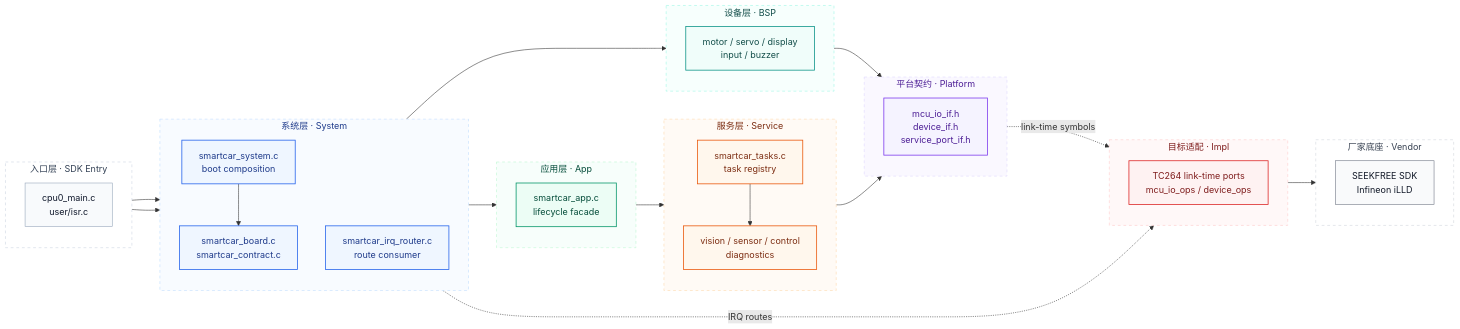
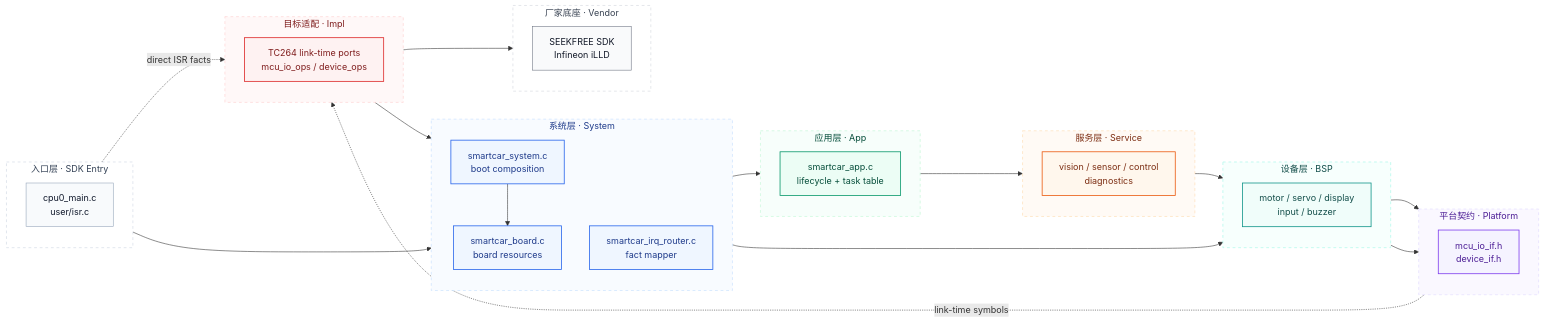
Before and after one commit to ParacosmYy/GS_Smart_car: the first of 2 diagrams in README.md, drawn with Mermaid. The commit also changed other lines of this file and 3 other files, not shown here.

````diff
--- a/README.md
+++ b/README.md
@@ -14,78 +14,76 @@
 ```mermaid
 flowchart LR
     subgraph L0["入口层 · SDK Entry"]
         direction TB
         ENTRY["cpu0_main.c<br/>user/isr.c"]
     end
 
     subgraph L1["系统层 · System"]
         direction TB
         RUNTIME["smartcar_system.c<br/>boot composition"]
-        IRQ["smartcar_irq_router.c<br/>route consumer"]
-        BOARD["smartcar_board.c<br/>smartcar_contract.c"]
+        IRQ["smartcar_irq_router.c<br/>fact mapper"]
+        BOARD["smartcar_board.c<br/>board resources"]
     end
 
     subgraph L2["应用层 · App"]
         direction TB
-        APP["smartcar_app.c<br/>lifecycle facade"]
+        APP["smartcar_app.c<br/>lifecycle + task table"]
     end
 
     subgraph L3["服务层 · Service"]
         direction TB
-        TASKS["smartcar_tasks.c<br/>task registry"]
         SERVICE["vision / sensor / control<br/>diagnostics"]
     end
 
     subgraph L3B["设备层 · BSP"]
         direction TB
         BSP["motor / servo / display<br/>input / buzzer"]
     end
 
     subgraph L4["平台契约 · Platform"]
         direction TB
-        PORT["mcu_io_if.h<br/>device_if.h<br/>service_port_if.h"]
+        PORT["mcu_io_if.h<br/>device_if.h"]
     end
 
     subgraph L5["目标适配 · Impl"]
         direction TB
         TC264["TC264 link-time ports<br/>mcu_io_ops / device_ops"]
     end
 
     subgraph L6["厂家底座 · Vendor"]
         direction TB
         SDK["SEEKFREE SDK<br/>Infineon iLLD"]
     end
 
-    ENTRY --> RUNTIME --> APP --> TASKS --> SERVICE --> PORT
-    ENTRY --> IRQ
+    ENTRY --> RUNTIME --> APP --> SERVICE --> BSP --> PORT
     RUNTIME --> BOARD --> BSP --> PORT
     PORT -. "link-time symbols" .-> TC264 --> SDK
-    IRQ -. "IRQ routes" .-> TC264
+    ENTRY -. "direct ISR facts" .-> TC264 --> IRQ
 
     class ENTRY entry
     class RUNTIME,IRQ,BOARD system
     class APP app
-    class TASKS,SERVICE service
+    class SERVICE service
     class BSP bsp
     class PORT platform
     class TC264 impl
     class SDK vendor
 
     classDef entry fill:#f8fafc,stroke:#94a3b8,color:#0f172a,stroke-width:1px;
     classDef system fill:#eff6ff,stroke:#2563eb,color:#1e3a8a,stroke-width:1.4px;
     classDef app fill:#ecfdf5,stroke:#059669,color:#064e3b,stroke-width:1.4px;
     classDef service fill:#fff7ed,stroke:#ea580c,color:#7c2d12,stroke-width:1.4px;
     classDef bsp fill:#f0fdfa,stroke:#0d9488,color:#134e4a,stroke-width:1.4px;
     classDef platform fill:#f5f3ff,stroke:#7c3aed,color:#4c1d95,stroke-width:1.4px;
     classDef impl fill:#fef2f2,stroke:#dc2626,color:#7f1d1d,stroke-width:1.4px;
     classDef vendor fill:#f9fafb,stroke:#6b7280,color:#111827,stroke-width:1px;
 
     style L0 fill:#ffffff,stroke:#cbd5e1,stroke-dasharray:5 5,color:#334155;
     style L1 fill:#f8fbff,stroke:#bfdbfe,stroke-dasharray:5 5,color:#1e3a8a;
     style L2 fill:#f7fefb,stroke:#bbf7d0,stroke-dasharray:5 5,color:#064e3b;
     style L3 fill:#fffaf5,stroke:#fed7aa,stroke-dasharray:5 5,color:#7c2d12;
     style L3B fill:#f7fffd,stroke:#99f6e4,stroke-dasharray:5 5,color:#134e4a;
     style L4 fill:#faf8ff,stroke:#ddd6fe,stroke-dasharray:5 5,color:#4c1d95;
     style L5 fill:#fff8f8,stroke:#fecaca,stroke-dasharray:5 5,color:#7f1d1d;
     style L6 fill:#ffffff,stroke:#d1d5db,stroke-dasharray:5 5,color:#374151;
 ```
````
